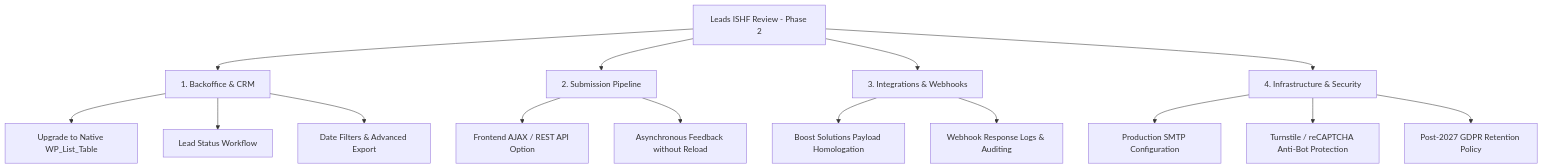
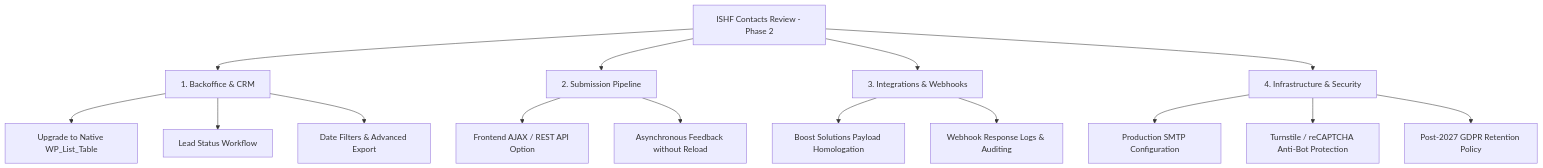
Before and after one commit to babucha89/theme-ishf-2027: the diagram in readme.md, drawn with Mermaid. The commit also changed other lines of this file and 4 other files, not shown here.

First line of the commit message:
Rename Leads ISHF to ISHF Contacts (new icon); search, date filter, pagination, GDPR delete/retention, new-contacts badge, webhook result log

````diff
--- a/readme.md
+++ b/readme.md
@@ -238,21 +240,21 @@
 ```mermaid
 graph TD
-    A["Leads ISHF Review - Phase 2"] --> B["1. Backoffice & CRM"]
+    A["ISHF Contacts Review - Phase 2"] --> B["1. Backoffice & CRM"]
     A --> C["2. Submission Pipeline"]
     A --> D["3. Integrations & Webhooks"]
     A --> E["4. Infrastructure & Security"]
 
     B --> B1["Upgrade to Native WP_List_Table"]
     B --> B2["Lead Status Workflow"]
     B --> B3["Date Filters & Advanced Export"]
 
     C --> C1["Frontend AJAX / REST API Option"]
     C --> C2["Asynchronous Feedback without Reload"]
 
     D --> D1["Boost Solutions Payload Homologation"]
     D --> D2["Webhook Response Logs & Auditing"]
 
     E --> E1["Production SMTP Configuration"]
     E --> E2["Turnstile / reCAPTCHA Anti-Bot Protection"]
     E --> E3["Post-2027 GDPR Retention Policy"]
 ```
````
